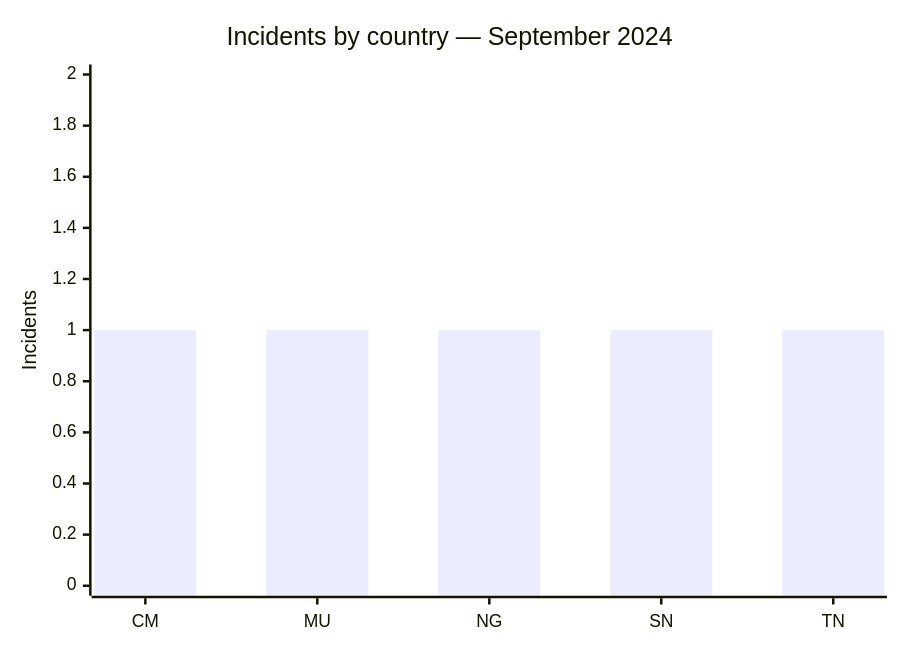
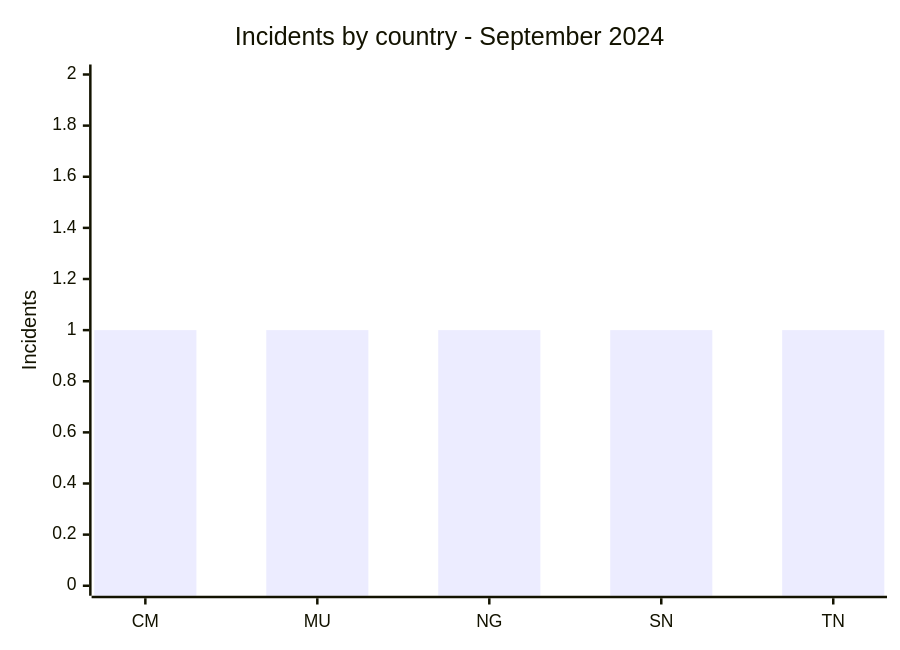
The first of 2 diagrams in CyberAttackAfrica/2024/09-september/README.md (Hatchepsoute/AFRINTEL), drawn with Mermaid before and after one commit. The commit also changed other lines of this file and 182 other files, not shown here.

````diff
--- a/CyberAttackAfrica/2024/09-september/README.md
+++ b/CyberAttackAfrica/2024/09-september/README.md
@@ -44,7 +44,7 @@
 ```mermaid
 xychart
-    title "Incidents by country — September 2024"
+    title "Incidents by country - September 2024"
     x-axis ["CM","MU","NG","SN","TN"]
     y-axis "Incidents" 0 --> 2
     bar [1,1,1,1,1]
 ```
````
